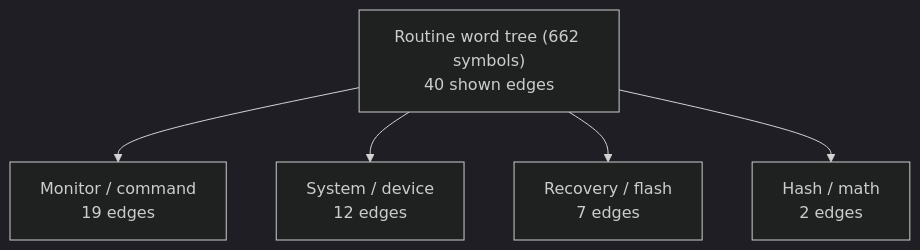
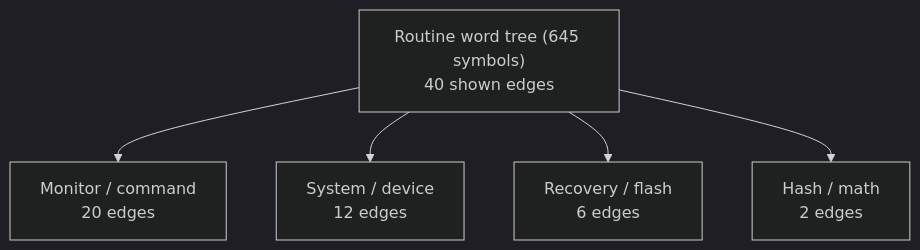
Before and after one commit to 95westus/R-YORS: the first of 6 diagrams in DOC/GENERATED/ROUTINE_WORD_TREE.md, drawn with Mermaid (dark theme). The commit also changed other lines of this file and 35 other files, not shown here.

````diff
--- a/DOC/GENERATED/ROUTINE_WORD_TREE.md
+++ b/DOC/GENERATED/ROUTINE_WORD_TREE.md
@@ -16,7 +16,7 @@
 ```mermaid
 flowchart TD
-    MAP_ROOT_ROUTINE_WORD_TREE__662_SYMBOLS_["Routine word tree (662 symbols)<br/>40 shown edges"] --> MAP_FAMILY_MONITOR___COMMAND["Monitor / command<br/>19 edges"]
-    MAP_ROOT_ROUTINE_WORD_TREE__662_SYMBOLS_["Routine word tree (662 symbols)<br/>40 shown edges"] --> MAP_FAMILY_SYSTEM___DEVICE["System / device<br/>12 edges"]
-    MAP_ROOT_ROUTINE_WORD_TREE__662_SYMBOLS_["Routine word tree (662 symbols)<br/>40 shown edges"] --> MAP_FAMILY_RECOVERY___FLASH["Recovery / flash<br/>7 edges"]
-    MAP_ROOT_ROUTINE_WORD_TREE__662_SYMBOLS_["Routine word tree (662 symbols)<br/>40 shown edges"] --> MAP_FAMILY_HASH___MATH["Hash / math<br/>2 edges"]
+    MAP_ROOT_ROUTINE_WORD_TREE__645_SYMBOLS_["Routine word tree (645 symbols)<br/>40 shown edges"] --> MAP_FAMILY_MONITOR___COMMAND["Monitor / command<br/>20 edges"]
+    MAP_ROOT_ROUTINE_WORD_TREE__645_SYMBOLS_["Routine word tree (645 symbols)<br/>40 shown edges"] --> MAP_FAMILY_SYSTEM___DEVICE["System / device<br/>12 edges"]
+    MAP_ROOT_ROUTINE_WORD_TREE__645_SYMBOLS_["Routine word tree (645 symbols)<br/>40 shown edges"] --> MAP_FAMILY_RECOVERY___FLASH["Recovery / flash<br/>6 edges"]
+    MAP_ROOT_ROUTINE_WORD_TREE__645_SYMBOLS_["Routine word tree (645 symbols)<br/>40 shown edges"] --> MAP_FAMILY_HASH___MATH["Hash / math<br/>2 edges"]
 ```
````
